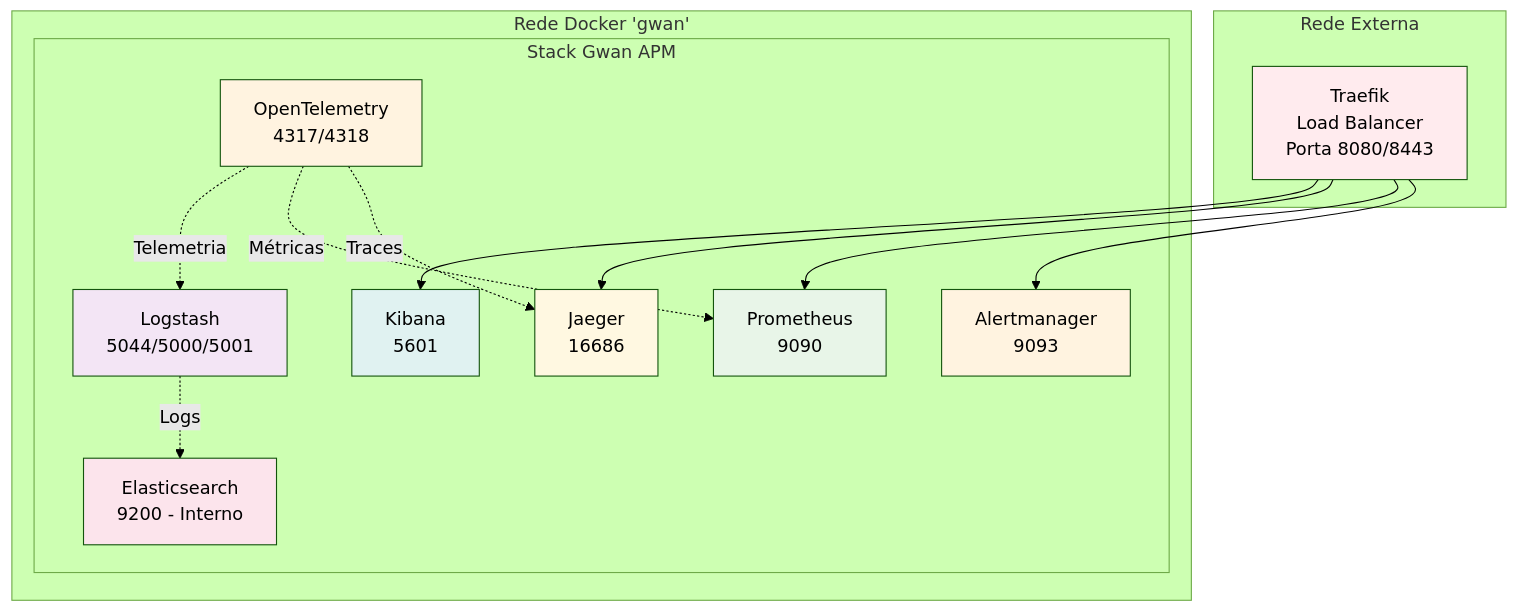
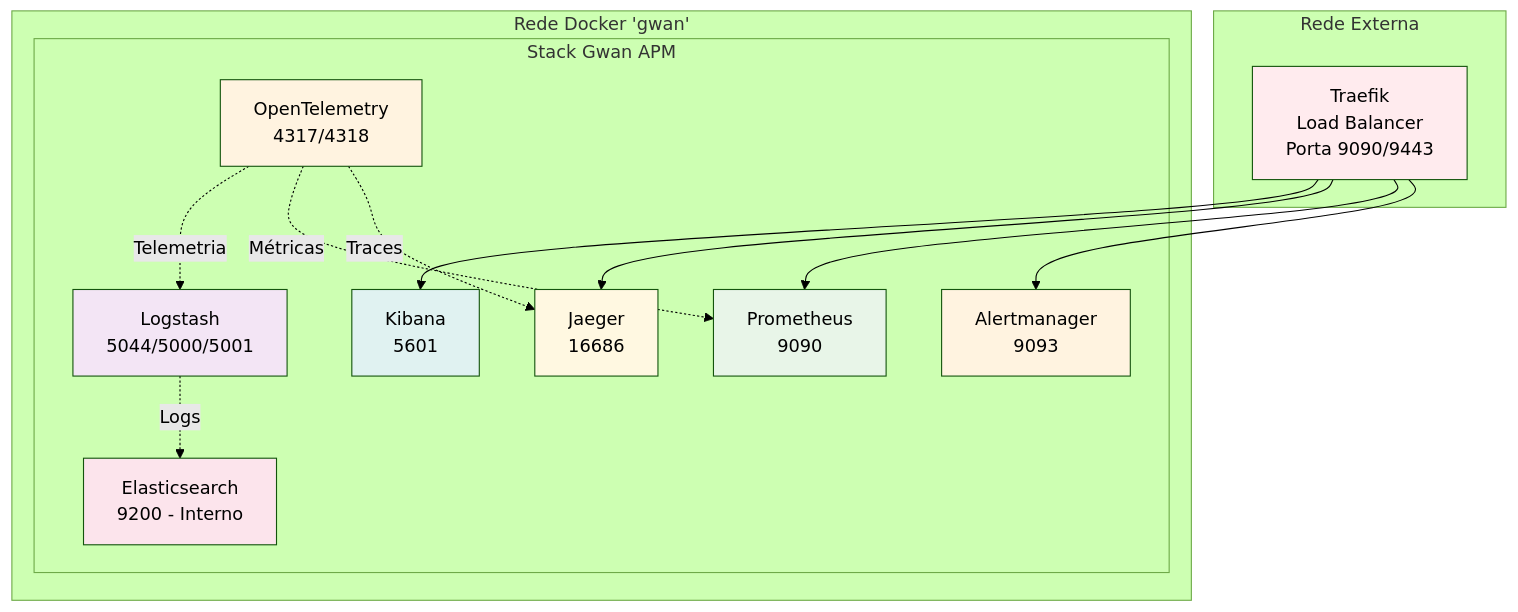
Before and after one commit to rastamansp/gwan-logs: the fourth of 4 diagrams in README.md, drawn with Mermaid (forest theme). The commit also changed other lines of this file and 1 other file, not shown here.

Commit message:
fix: altera portas do Traefik para 9090/9443 para evitar conflitos

````diff
--- a/README.md
+++ b/README.md
@@ -124,37 +124,37 @@
 ```mermaid
 graph TB
     subgraph "Rede Externa"
-        T[Traefik<br/>Load Balancer<br/>Porta 8080/8443]
+        T[Traefik<br/>Load Balancer<br/>Porta 9090/9443]
     end
     
     subgraph "Rede Docker 'gwan'"
         subgraph "Stack Gwan APM"
             ES[Elasticsearch<br/>9200 - Interno]
             K[Kibana<br/>5601]
             LS[Logstash<br/>5044/5000/5001]
             OTEL[OpenTelemetry<br/>4317/4318]
             J[Jaeger<br/>16686]
             P[Prometheus<br/>9090]
             A[Alertmanager<br/>9093]
         end
     end
     
     T --> K
     T --> J
     T --> P
     T --> A
     
     LS -.->|Logs| ES
     OTEL -.->|Telemetria| LS
     OTEL -.->|Métricas| P
     OTEL -.->|Traces| J
     
     style T fill:#ffebee
     style ES fill:#fce4ec
     style K fill:#e0f2f1
     style LS fill:#f3e5f5
     style OTEL fill:#fff3e0
     style J fill:#fff8e1
     style P fill:#e8f5e8
     style A fill:#fff3e0
 ```
````
